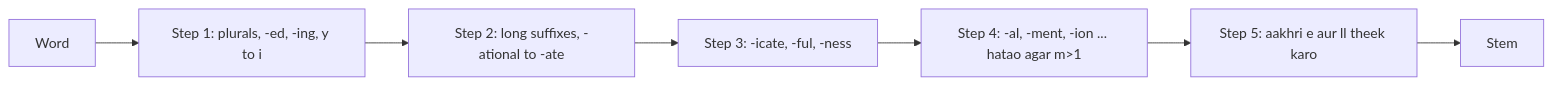
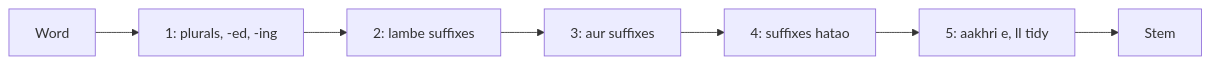
Before and after one commit to TrendySloth1001/sem-seven-notes: the diagram in content/natural-language-processing/pyq/2024-12/q2b.hi.mdx, drawn with Mermaid. The commit also changed other lines of this file and 406 other files, not shown here.

````diff
--- a/content/natural-language-processing/pyq/2024-12/q2b.hi.mdx
+++ b/content/natural-language-processing/pyq/2024-12/q2b.hi.mdx
@@ -11,10 +17,10 @@
 ```mermaid
-%% caption: Paanch Porter steps har word par order mein chalte hain. Har step word badal sakta hai ya waise hi chhod sakta hai.
+%% caption: Porter stemmer ke paanch steps. Har step ke rules tabhi fire hote hain jab stem par condition sach ho.
 flowchart LR
-  W["Word"] --> S1["Step 1: plurals, -ed, -ing, y to i"]
-  S1 --> S2["Step 2: long suffixes, -ational to -ate"]
-  S2 --> S3["Step 3: -icate, -ful, -ness"]
-  S3 --> S4["Step 4: -al, -ment, -ion ... hatao agar m>1"]
-  S4 --> S5["Step 5: aakhri e aur ll theek karo"]
-  S5 --> R["Stem"]
+  A["Word"] --> B["1: plurals, -ed, -ing"]
+  B --> C["2: lambe suffixes"]
+  C --> D["3: aur suffixes"]
+  D --> E["4: suffixes hatao"]
+  E --> F["5: aakhri e, ll tidy"]
+  F --> G["Stem"]
 ```
````
